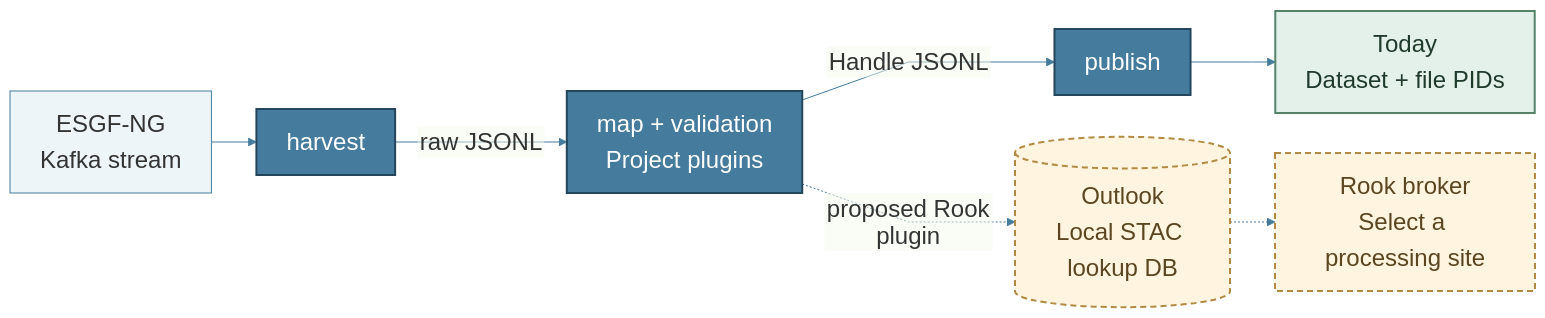
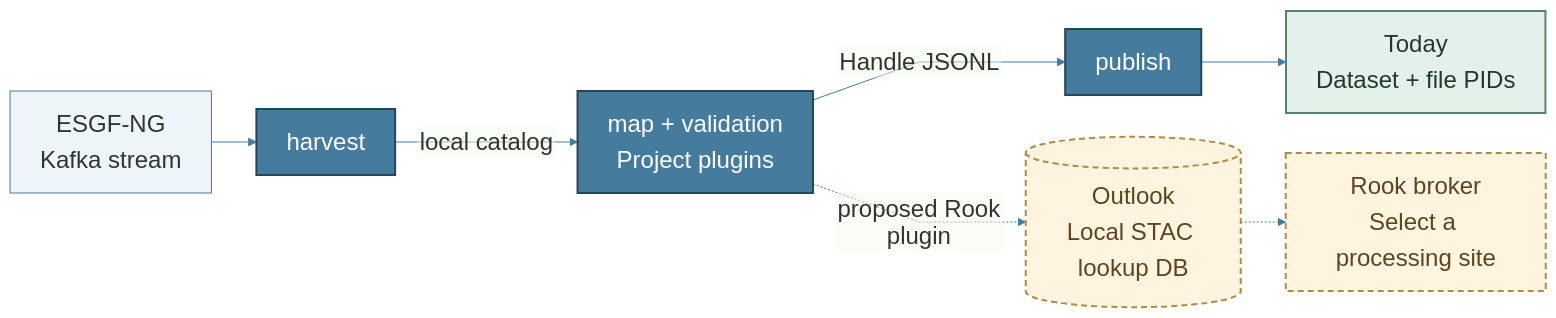
One commit to ESGF/piddiplatsch changed the fourth of 4 diagrams in talks/overview.qmd. Above: the diagram before and after it, drawn with Mermaid. The commit also changed other lines of this file and 97 other files, not shown here.

First line of the commit message:
Adding local catalog for lookups (#120)

````diff
--- a/talks/overview.qmd
+++ b/talks/overview.qmd
@@ -257,16 +257,16 @@
 ```{mermaid}
 %%{init: {"theme":"base","fontFamily":"Arial","fontSize":24,"themeVariables":{"fontSize":"24px","primaryColor":"#eef5f9","primaryBorderColor":"#457b9d","lineColor":"#457b9d"},"flowchart":{"htmlLabels":false,"curve":"linear","nodeSpacing":40,"rankSpacing":45}}}%%
 flowchart LR
     K["ESGF-NG<br/>Kafka stream"] --> H["harvest"]
-    H -->|raw JSONL| M["map + validation<br/>Project plugins"]
+    H -->|local catalog| M["map + validation<br/>Project plugins"]
     M -->|Handle JSONL| P["publish"]
     P --> PID["Today<br/>Dataset + file PIDs"]
     M -.->|proposed Rook plugin| DB[("Outlook<br/>Local STAC lookup DB")]
     DB -.-> B["Rook broker<br/>Select a processing site"]
     classDef core fill:#457b9d,color:#fff,stroke:#24465c,stroke-width:2px;
     classDef current fill:#e4f1ea,color:#203b2c,stroke:#54836a,stroke-width:2px;
     classDef proposed fill:#fff4df,color:#5c4520,stroke:#b38a43,stroke-width:2px,stroke-dasharray:6 4;
     class H,M,P core;
     class PID current;
     class DB,B proposed;
 ```
````
